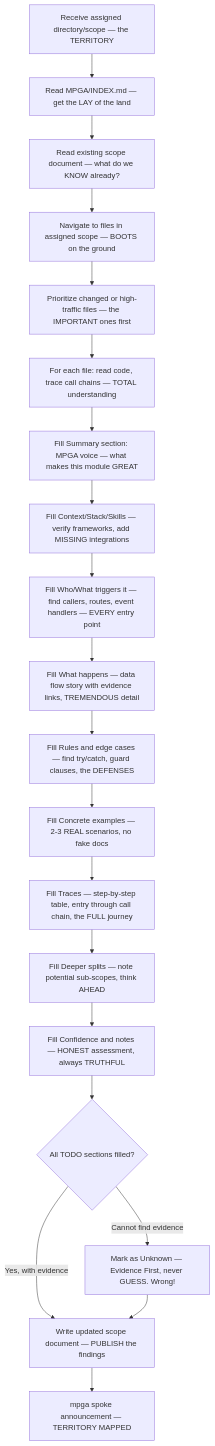
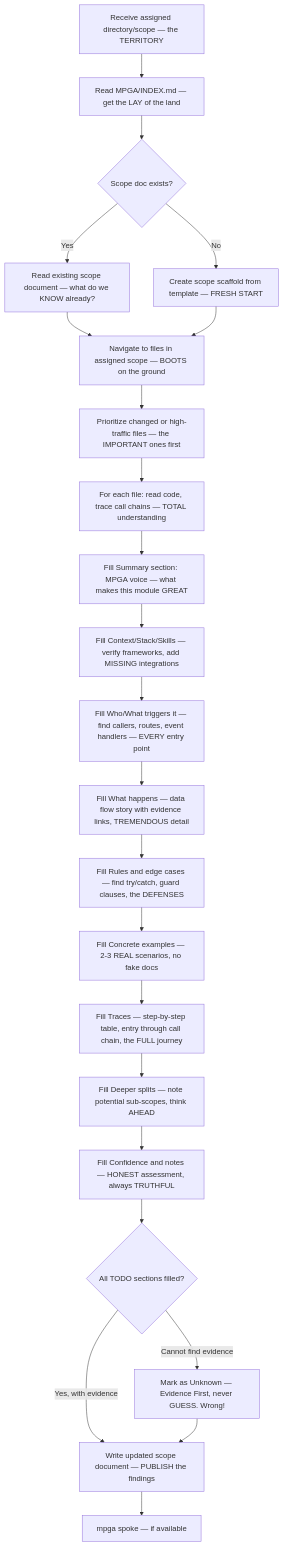
One commit to benrben/MPGA changed the diagram in docs/diagrams/agents/scout.md. Above: the diagram before and after it, drawn with Mermaid. The commit also changed 73 other files, not shown here.

First line of the commit message:
refactor: standardize mpga spoke references across agents and skills

````diff
--- a/docs/diagrams/agents/scout.md
+++ b/docs/diagrams/agents/scout.md
@@ -5,22 +5,25 @@
 ```mermaid
 flowchart TD
     A[Receive assigned directory/scope — the TERRITORY] --> B[Read MPGA/INDEX.md — get the LAY of the land]
-    B --> C[Read existing scope document — what do we KNOW already?]
-    C --> D[Navigate to files in assigned scope — BOOTS on the ground]
-    D --> E[Prioritize changed or high-traffic files — the IMPORTANT ones first]
-    E --> F[For each file: read code, trace call chains — TOTAL understanding]
-    F --> G[Fill Summary section: MPGA voice — what makes this module GREAT]
-    G --> H[Fill Context/Stack/Skills — verify frameworks, add MISSING integrations]
-    H --> I[Fill Who/What triggers it — find callers, routes, event handlers — EVERY entry point]
-    I --> J[Fill What happens — data flow story with evidence links, TREMENDOUS detail]
-    J --> K[Fill Rules and edge cases — find try/catch, guard clauses, the DEFENSES]
-    K --> L[Fill Concrete examples — 2-3 REAL scenarios, no fake docs]
-    L --> M[Fill Traces — step-by-step table, entry through call chain, the FULL journey]
-    M --> N[Fill Deeper splits — note potential sub-scopes, think AHEAD]
-    N --> O[Fill Confidence and notes — HONEST assessment, always TRUTHFUL]
-    O --> P{All TODO sections filled?}
-    P -->|Yes, with evidence| Q[Write updated scope document — PUBLISH the findings]
-    P -->|Cannot find evidence| R["Mark as Unknown — Evidence First, never GUESS. Wrong!"]
-    R --> Q
-    Q --> S[mpga spoke announcement — TERRITORY MAPPED]
+    B --> C{Scope doc exists?}
+    C -->|Yes| D[Read existing scope document — what do we KNOW already?]
+    C -->|No| D2[Create scope scaffold from template — FRESH START]
+    D --> E[Navigate to files in assigned scope — BOOTS on the ground]
+    D2 --> E
+    E --> F[Prioritize changed or high-traffic files — the IMPORTANT ones first]
+    F --> G[For each file: read code, trace call chains — TOTAL understanding]
+    G --> H[Fill Summary section: MPGA voice — what makes this module GREAT]
+    H --> I[Fill Context/Stack/Skills — verify frameworks, add MISSING integrations]
+    I --> J[Fill Who/What triggers it — find callers, routes, event handlers — EVERY entry point]
+    J --> K[Fill What happens — data flow story with evidence links, TREMENDOUS detail]
+    K --> L[Fill Rules and edge cases — find try/catch, guard clauses, the DEFENSES]
+    L --> M[Fill Concrete examples — 2-3 REAL scenarios, no fake docs]
+    M --> N[Fill Traces — step-by-step table, entry through call chain, the FULL journey]
+    N --> O[Fill Deeper splits — note potential sub-scopes, think AHEAD]
+    O --> P[Fill Confidence and notes — HONEST assessment, always TRUTHFUL]
+    P --> Q{All TODO sections filled?}
+    Q -->|Yes, with evidence| R[Write updated scope document — PUBLISH the findings]
+    Q -->|Cannot find evidence| S["Mark as Unknown — Evidence First, never GUESS. Wrong!"]
+    S --> R
+    R --> T[mpga spoke — if available]
 ```
````
